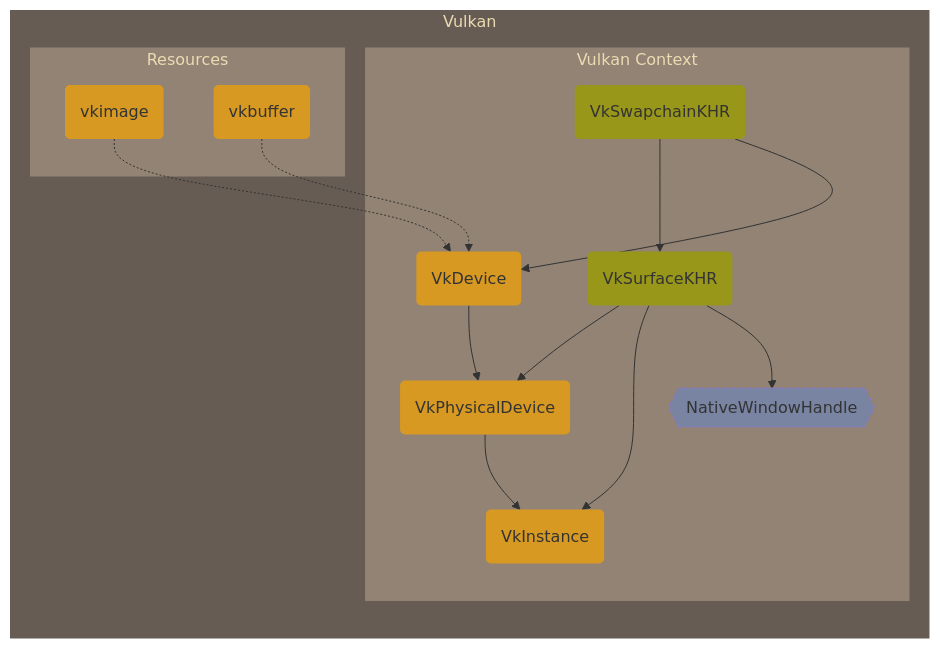
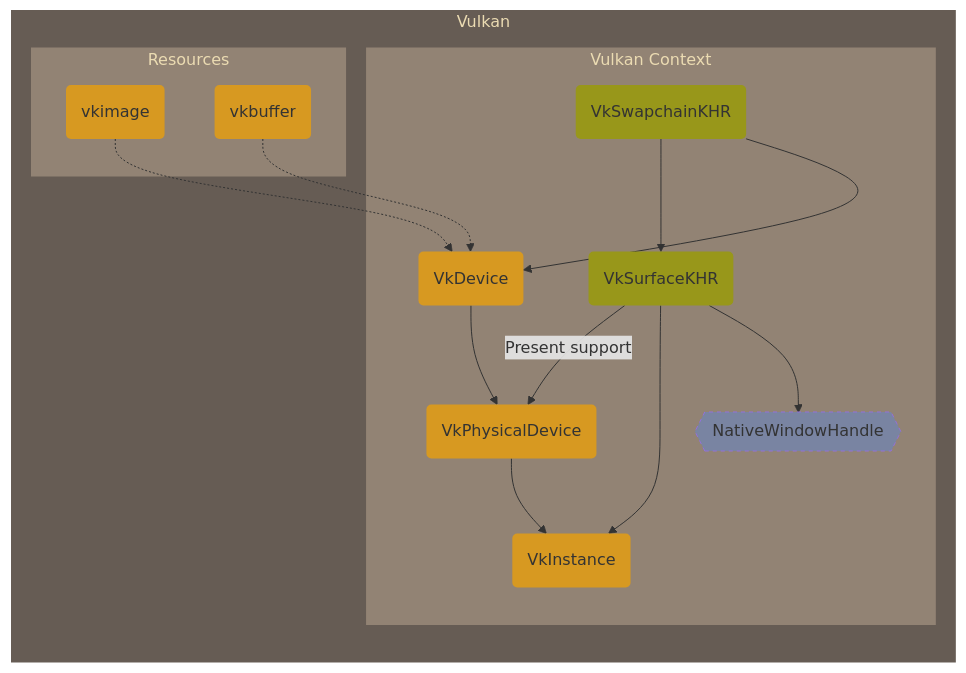
Before and after one commit to yslib/mynotes: the first of 7 diagrams in graphics/vulkan/Overview.md, drawn with Mermaid. The commit also changed other lines of this file and 1 other file, not shown here.

````diff
--- a/graphics/vulkan/Overview.md
+++ b/graphics/vulkan/Overview.md
@@ -5,30 +5,30 @@
 ```mermaid
 graph BT
 linkStyle default interpolate basis;
 subgraph g0[Vulkan]
 subgraph g1[Vulkan Context]
 
 A(VkDevice):::vkobj --> B(VkPhysicalDevice):::vkobj
 B --> C(VkInstance):::vkobj
-D(VkSurfaceKHR):::khr-->B
+D(VkSurfaceKHR):::khr--Present support-->B
 D-->C
 D-->W{{NativeWindowHandle}}
 S(VkSwapchainKHR):::khr-->D
 S-->A
 end
 
 subgraph g2[Resources]
 i(vkimage):::vkobj-.->A
 b(vkbuffer):::vkobj-.->A
 end
 end
 
 classDef khr fill:#98971a,stroke-width:0px;
 classDef vkobj fill:#d79921,stroke-width:0px;
 style g1 fill:#928374,stroke-width:0px,color:#ebdbb2;
 style g2 fill:#928374,stroke-width:0px,color:#ebdbb2;
 style g0 fill:#665c54,stroke-width:0px,color:#ebdbb2;
 style W fill:#4585ff55,stroke-dasharray:4
 
 
 ```
````
